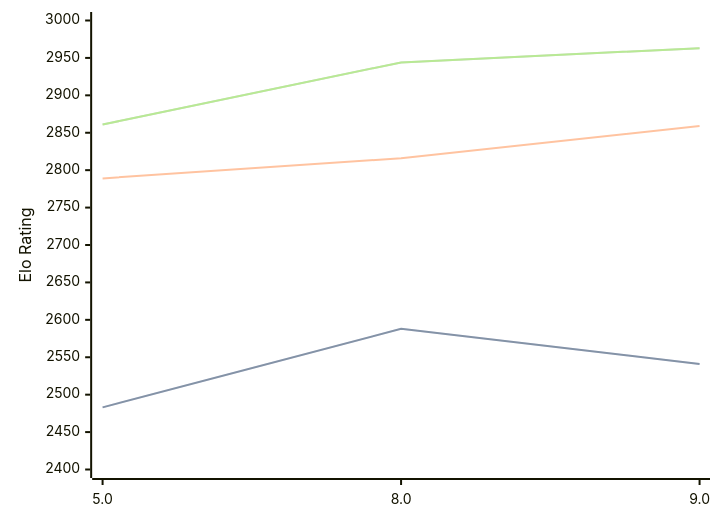
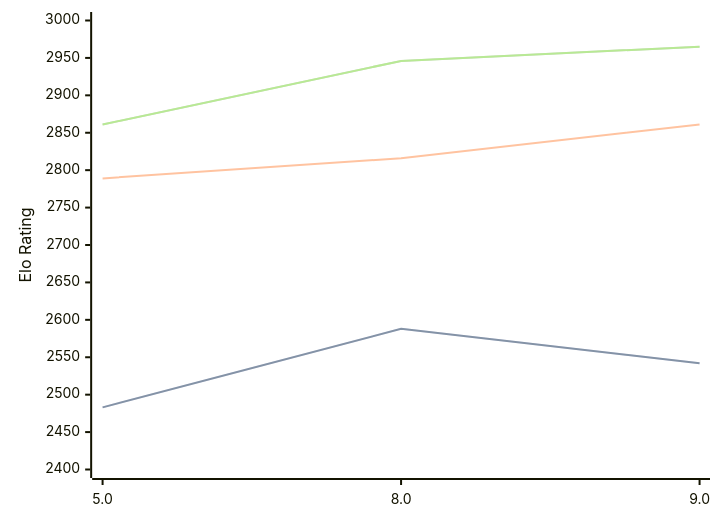
Before and after one commit to computer-chess-index/cci: the diagram in engines/4kc.md, drawn with Mermaid. The commit also changed other lines of this file, not shown here.

Commit message:
Update CCI Ratings (ELO VLTC) - 2026-09-07

````diff
--- a/engines/4kc.md
+++ b/engines/4kc.md
@@ -33,11 +33,11 @@
 ```mermaid
 %%{init: {"theme":"base","themeVariables":{"seriesColors:['#a3a3a3','#222221','#faa371']}}}%%
 xychart-beta
   x-axis ["5.0", "8.0", "9.0"]
   y-axis "Elo Rating" 2400 --> 3000
-  line "" [2483, 2588, 2541]
-  line "STC (8.0+0.08s)" [2483, 2588, 2541]
-  line "LTC (60.0+0.60s)" [2789, 2816, 2859]
-  line "" [2861, 2944, 2963]
-  line "VLTC (2m24s+1.12s)" [2861, 2944, 2963]
+  line "" [2483, 2588, 2542]
+  line "STC (8.0+0.08s)" [2483, 2588, 2542]
+  line "LTC (60.0+0.60s)" [2789, 2816, 2861]
+  line "" [2861, 2946, 2965]
+  line "VLTC (2m24s+1.12s)" [2861, 2946, 2965]
 ```
````
